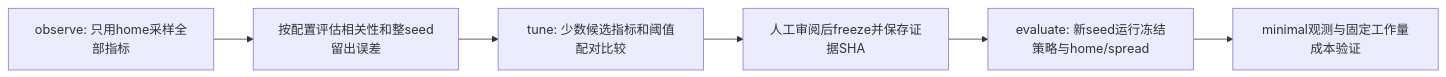
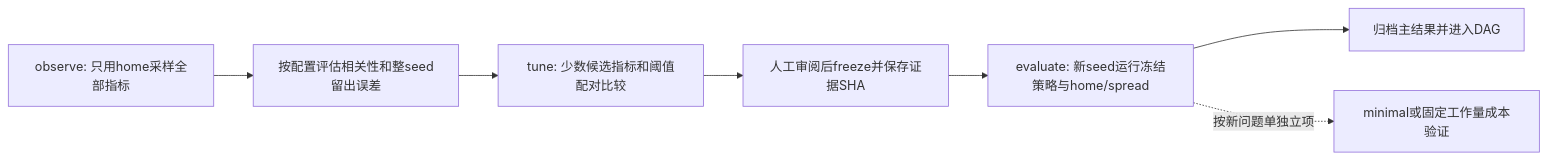
Before and after one commit to bitianyuan123/executor_demo: the second of 2 diagrams in stages/03-independent/BALANCE_GUIDE.md, drawn with Mermaid. The commit also changed other lines of this file and 16 other files, not shown here.

````diff
--- a/stages/03-independent/BALANCE_GUIDE.md
+++ b/stages/03-independent/BALANCE_GUIDE.md
@@ -53,8 +55,9 @@
 ```mermaid
 flowchart LR
     A[observe: 只用home采样全部指标] --> B[按配置评估相关性和整seed留出误差]
     B --> C[tune: 少数候选指标和阈值配对比较]
     C --> D[人工审阅后freeze并保存证据SHA]
     D --> E[evaluate: 新seed运行冻结策略与home/spread]
-    E --> F[minimal观测与固定工作量成本验证]
+    E --> F[归档主结果并进入DAG]
+    E -.按新问题单独立项.-> G[minimal或固定工作量成本验证]
 ```
````
